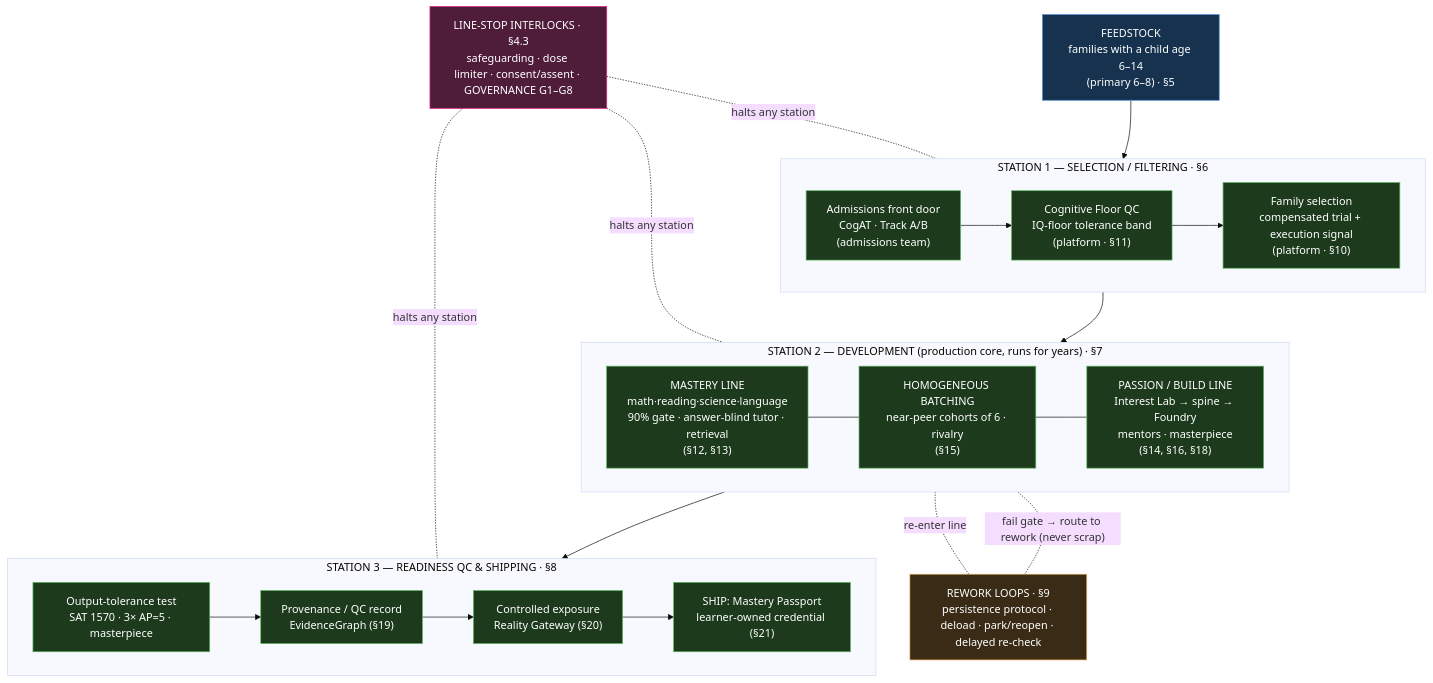
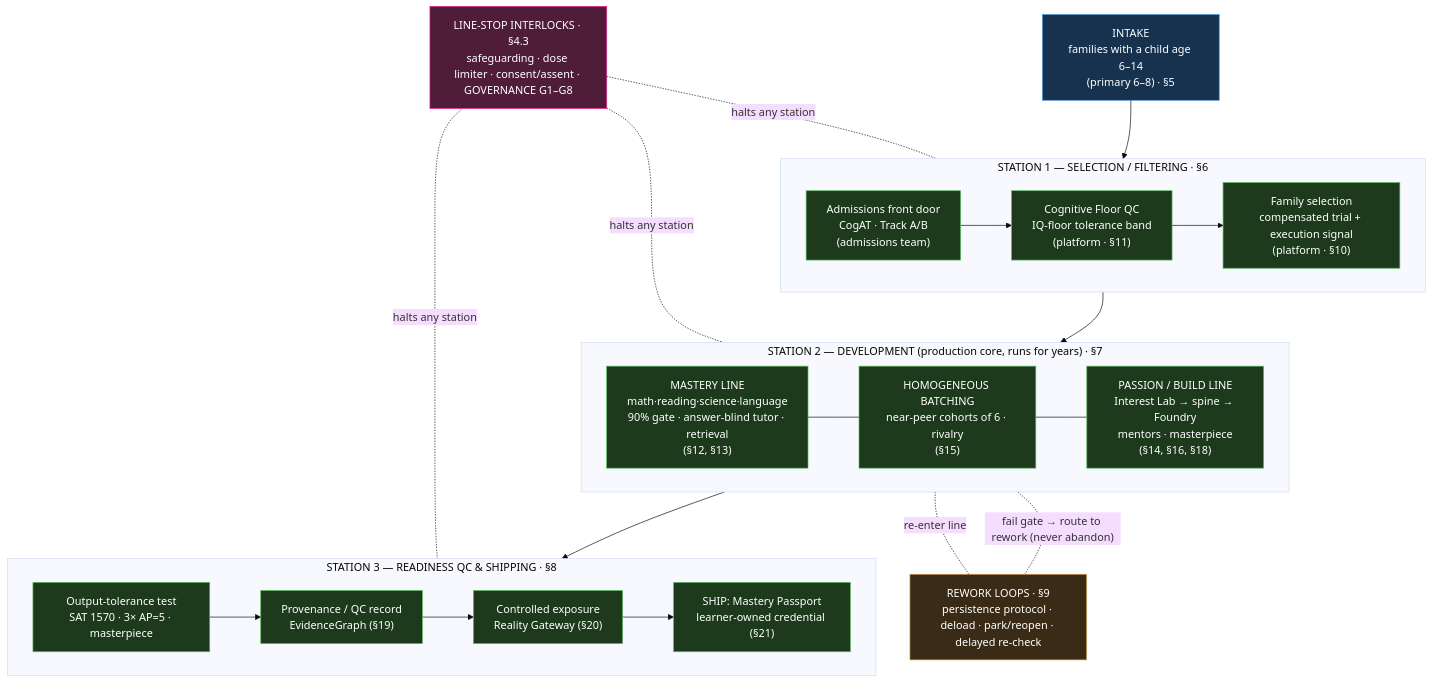
The diagram in PIPELINE-PRD.md (spinkicks/gt100k), drawn with Mermaid (base theme) before and after one commit. The commit also changed other lines of this file and 2 other files, not shown here.

````diff
--- a/PIPELINE-PRD.md
+++ b/PIPELINE-PRD.md
@@ -75,47 +75,47 @@
 ```mermaid
 flowchart TB
-    FS["FEEDSTOCK<br/>families with a child age 6–14<br/>(primary 6–8) · §5"]
+    FS["INTAKE<br/>families with a child age 6–14<br/>(primary 6–8) · §5"]
 
     subgraph S1["STATION 1 — SELECTION / FILTERING · §6"]
         A1["Admissions front door<br/>CogAT · Track A/B<br/>(admissions team)"]
         A2["Cognitive Floor QC<br/>IQ-floor tolerance band<br/>(platform · §11)"]
         A3["Family selection<br/>compensated trial + execution signal<br/>(platform · §10)"]
         A1 --> A2 --> A3
     end
 
     subgraph S2["STATION 2 — DEVELOPMENT (production core, runs for years) · §7"]
         direction LR
         L1["MASTERY LINE<br/>math·reading·science·language<br/>90% gate · answer-blind tutor · retrieval<br/>(§12, §13)"]
         L2["PASSION / BUILD LINE<br/>Interest Lab → spine → Foundry<br/>mentors · masterpiece<br/>(§14, §16, §18)"]
         BATCH["HOMOGENEOUS BATCHING<br/>near-peer cohorts of 6 · rivalry<br/>(§15)"]
         L1 --- BATCH --- L2
     end
 
     subgraph S3["STATION 3 — READINESS QC & SHIPPING · §8"]
         Q1["Output-tolerance test<br/>SAT 1570 · 3× AP=5 · masterpiece"]
         Q2["Provenance / QC record<br/>EvidenceGraph (§19)"]
         Q3["Controlled exposure<br/>Reality Gateway (§20)"]
         SHIP["SHIP: Mastery Passport<br/>learner-owned credential (§21)"]
         Q1 --> Q2 --> Q3 --> SHIP
     end
 
     FS --> S1 --> S2 --> S3
 
     REWORK["REWORK LOOPS · §9<br/>persistence protocol · deload · park/reopen · delayed re-check"]
     STOP["LINE-STOP INTERLOCKS · §4.3<br/>safeguarding · dose limiter · consent/assent · GOVERNANCE G1–G8"]
 
-    S2 -. "fail gate → route to rework (never scrap)" .- REWORK
+    S2 -. "fail gate → route to rework (never abandon)" .- REWORK
     REWORK -. "re-enter line" .- S2
     STOP -. "halts any station" .- S1
     STOP -. "halts any station" .- S2
     STOP -. "halts any station" .- S3
 
     classDef stn fill:#1d3a1d,stroke:#5cb85c,color:#fff;
     classDef rew fill:#3a2b16,stroke:#e0a458,color:#fff;
     classDef stop fill:#4f1d3a,stroke:#e91e8c,color:#fff;
     classDef fs fill:#16324f,stroke:#4a90d9,color:#fff;
     class A1,A2,A3,L1,L2,BATCH,Q1,Q2,Q3,SHIP stn;
     class REWORK rew;
     class STOP stop;
     class FS fs;
 ```
````
